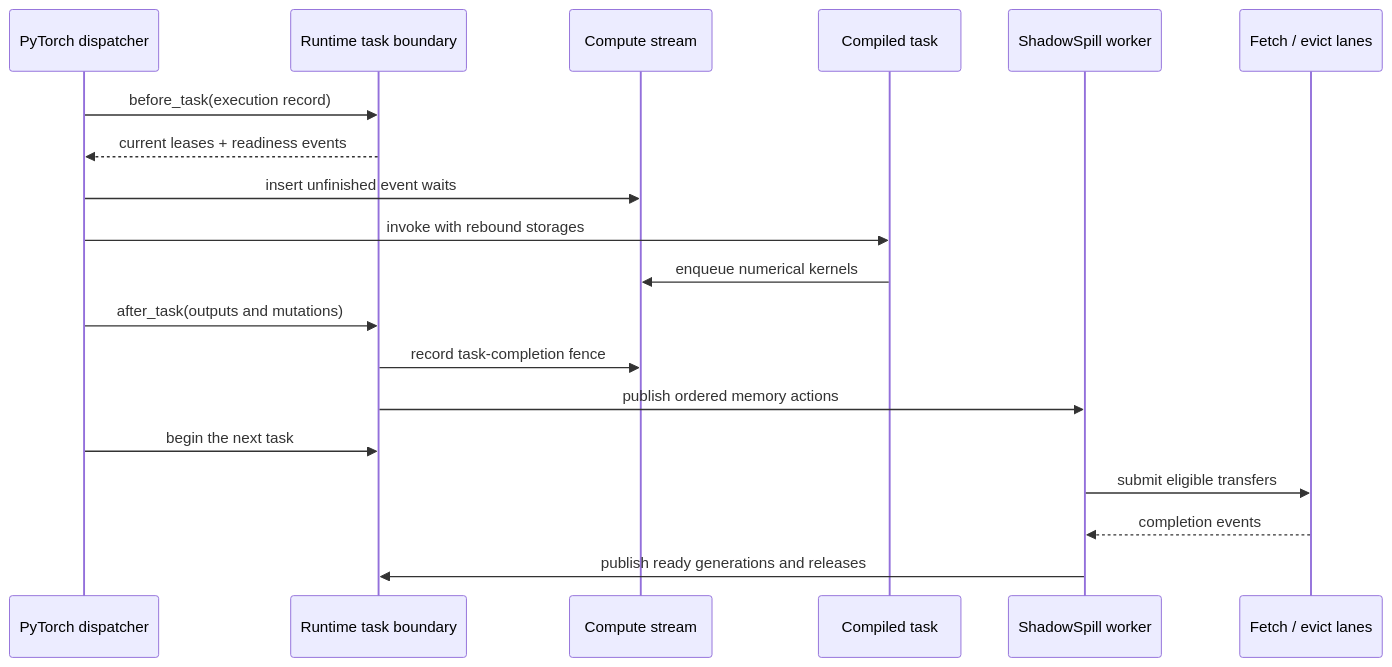
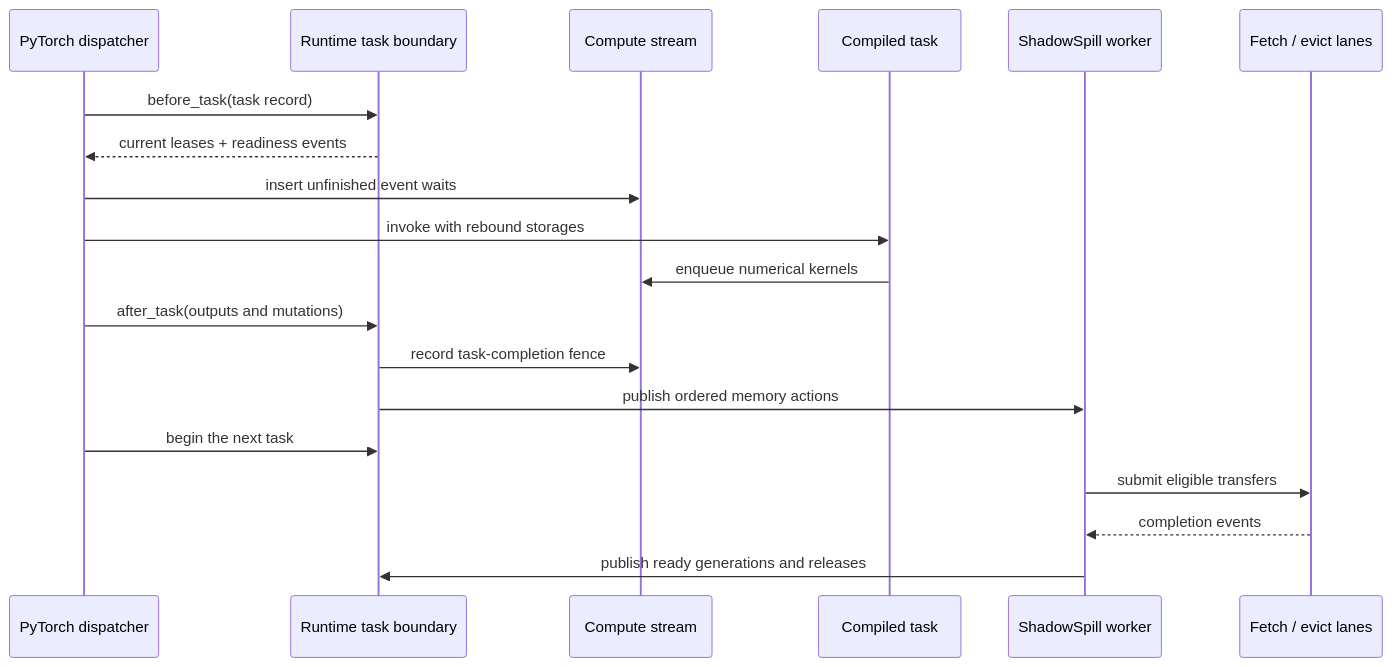
One commit to als244/shadowspill changed the third of 3 diagrams in docs/architecture/overview.md. Above: the diagram before and after it, drawn with Mermaid. The commit also changed other lines of this file and 36 other files, not shown here.

````diff
--- a/docs/architecture/overview.md
+++ b/docs/architecture/overview.md
@@ -127,22 +127,22 @@
 ```mermaid
 sequenceDiagram
     participant D as PyTorch dispatcher
     participant R as Runtime task boundary
     participant G as Compute stream
     participant C as Compiled task
     participant W as ShadowSpill worker
     participant T as Fetch / evict lanes
 
-    D->>R: before_task(execution record)
+    D->>R: before_task(task record)
     R-->>D: current leases + readiness events
     D->>G: insert unfinished event waits
     D->>C: invoke with rebound storages
     C->>G: enqueue numerical kernels
     D->>R: after_task(outputs and mutations)
     R->>G: record task-completion fence
     R->>W: publish ordered memory actions
     D->>R: begin the next task
     W->>T: submit eligible transfers
     T-->>W: completion events
     W->>R: publish ready generations and releases
 ```
````
